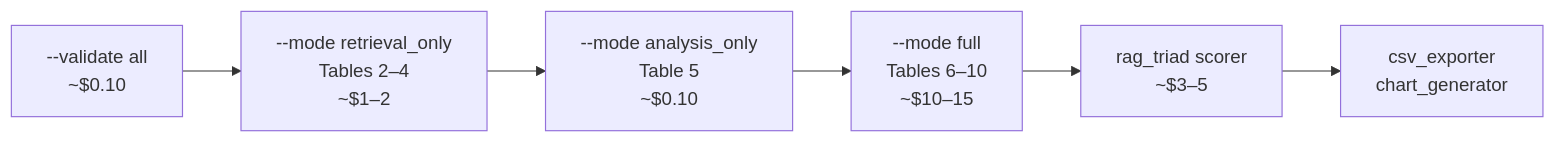
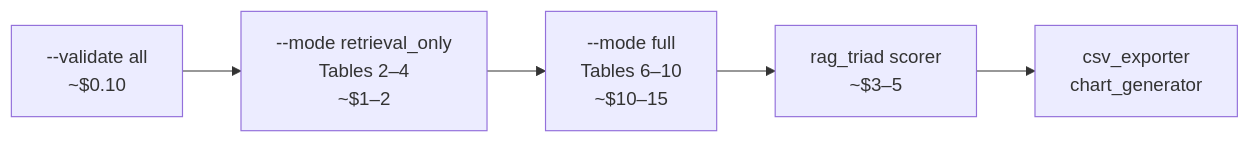
The diagram in tests/benchmark/README.md (McKlay/LEO-Backend), drawn with Mermaid before and after one commit. The commit also changed other lines of this file and 11 other files, not shown here.

````diff
--- a/tests/benchmark/README.md
+++ b/tests/benchmark/README.md
@@ -68,8 +68,7 @@
 ```mermaid
 flowchart LR
     A[--validate all\n~$0.10] --> B[--mode retrieval_only\nTables 2–4\n~$1–2]
-    B --> C[--mode analysis_only\nTable 5\n~$0.10]
-    C --> D[--mode full\nTables 6–10\n~$10–15]
-    D --> E[rag_triad scorer\n~$3–5]
-    E --> F[csv_exporter\nchart_generator]
+    B --> C[--mode full\nTables 6–10\n~$10–15]
+    C --> D[rag_triad scorer\n~$3–5]
+    D --> E[csv_exporter\nchart_generator]
 ```
````
